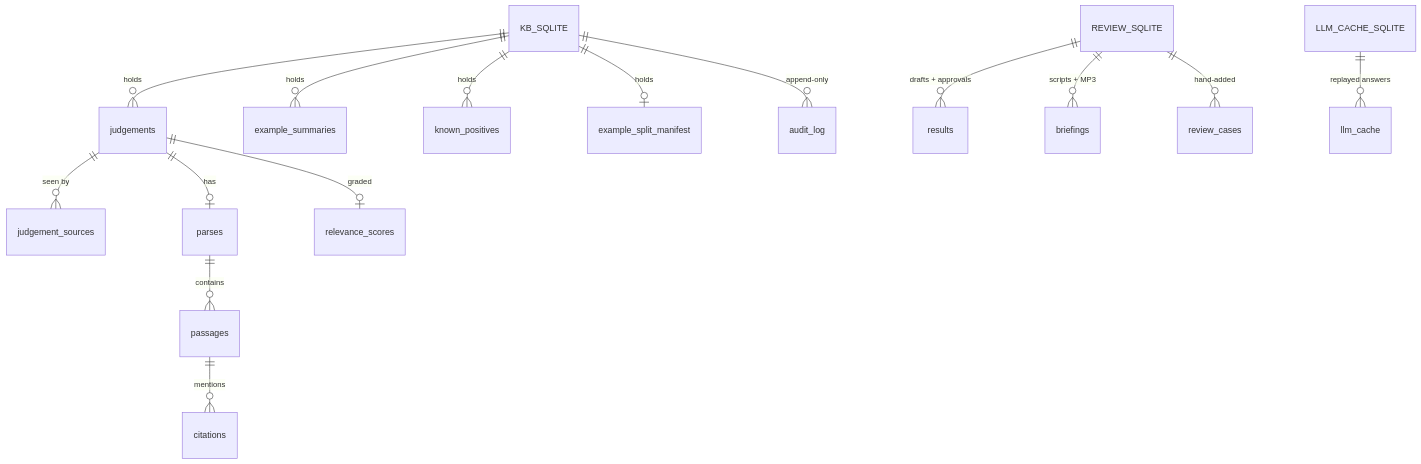
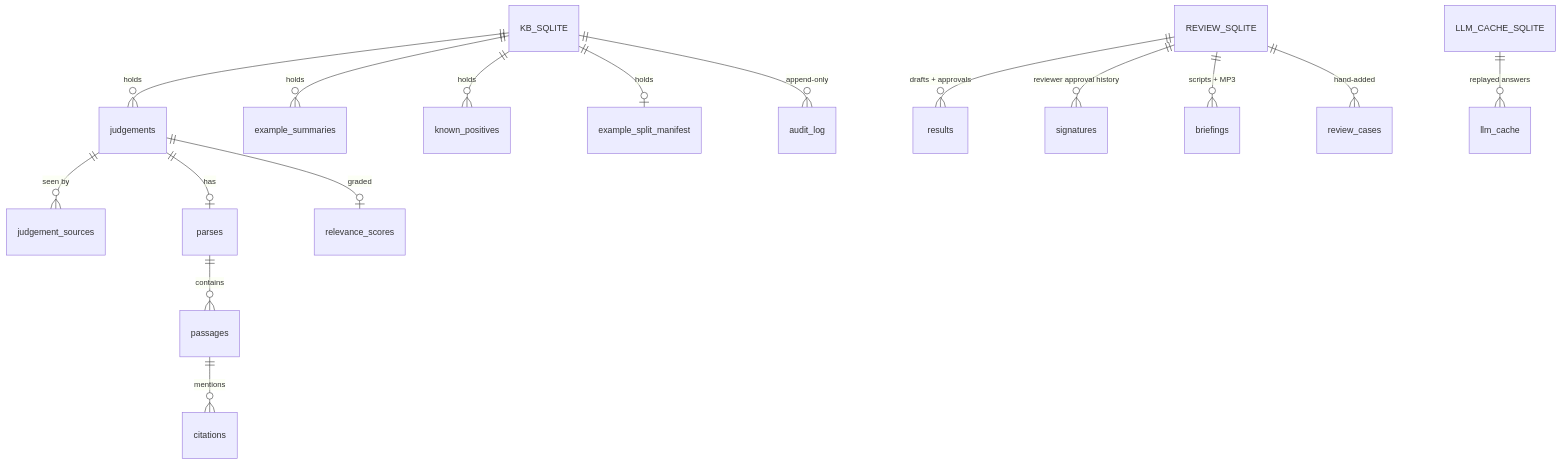
Before and after one commit to ilaria-nissotti/hackapertus-suva-niki: the seventh of 7 diagrams in ARCHITECTURE.md, drawn with Mermaid. The commit also changed other lines of this file and 2 other files, not shown here.

First line of the commit message:
test, docs: close the release-gate items for scoring and the new flows

````diff
--- a/ARCHITECTURE.md
+++ b/ARCHITECTURE.md
@@ -205,17 +222,18 @@
 ```mermaid
 erDiagram
     KB_SQLITE ||--o{ judgements : holds
     judgements ||--o{ judgement_sources : "seen by"
     judgements ||--o| parses : has
     parses ||--o{ passages : contains
     passages ||--o{ citations : mentions
     judgements ||--o| relevance_scores : graded
     KB_SQLITE ||--o{ example_summaries : holds
     KB_SQLITE ||--o{ known_positives : holds
     KB_SQLITE ||--o| example_split_manifest : holds
     KB_SQLITE ||--o{ audit_log : "append-only"
     REVIEW_SQLITE ||--o{ results : "drafts + approvals"
+    REVIEW_SQLITE ||--o{ signatures : "reviewer approval history"
     REVIEW_SQLITE ||--o{ briefings : "scripts + MP3"
     REVIEW_SQLITE ||--o{ review_cases : "hand-added"
     LLM_CACHE_SQLITE ||--o{ llm_cache : "replayed answers"
 ```
````
